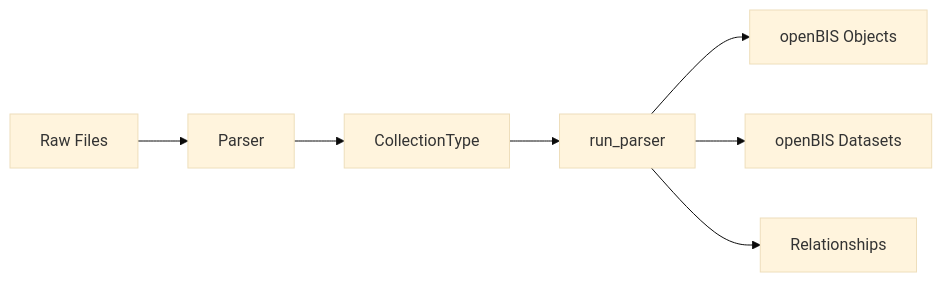
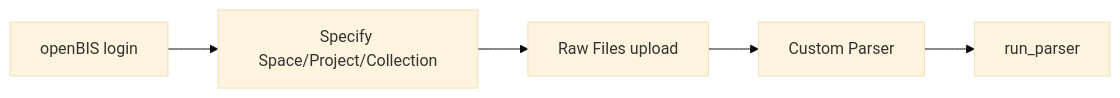
The first of 2 diagrams in docs/tutorials/parsing.md (BAMresearch/bam-masterdata), drawn with Mermaid (base theme) before and after one commit. The commit also changed other lines of this file and 2 other files, not shown here.

````diff
--- a/docs/tutorials/parsing.md
+++ b/docs/tutorials/parsing.md
@@ -41,9 +34,7 @@
 ```mermaid
 graph LR
-    A[Raw Files] --> B[Parser]
-    B --> C[CollectionType]
-    C --> D[run_parser]
-    D --> E[openBIS Objects]
-    D --> F[openBIS Datasets]
-    D --> G[Relationships]
+    A[openBIS login] --> B[Specify Space/Project/Collection]
+    B --> C[Raw Files upload]
+    C --> D[Custom Parser]
+    D --> E[run_parser]
 ```
````
